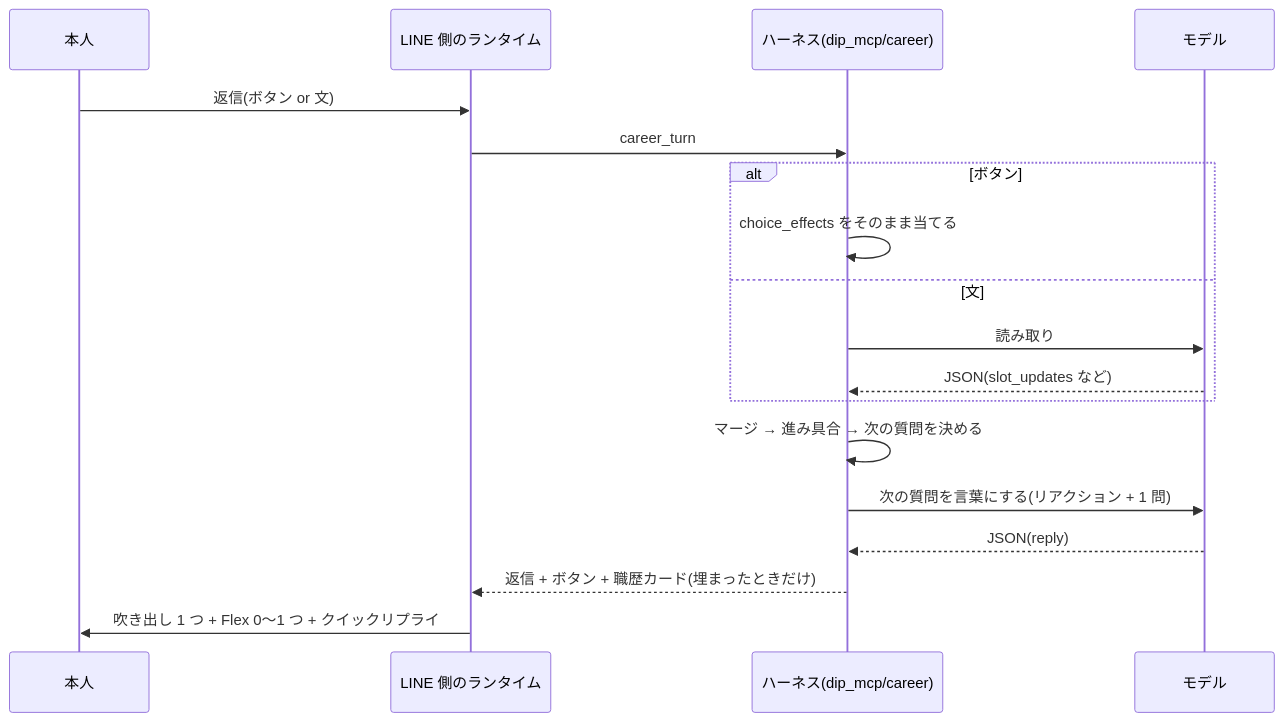
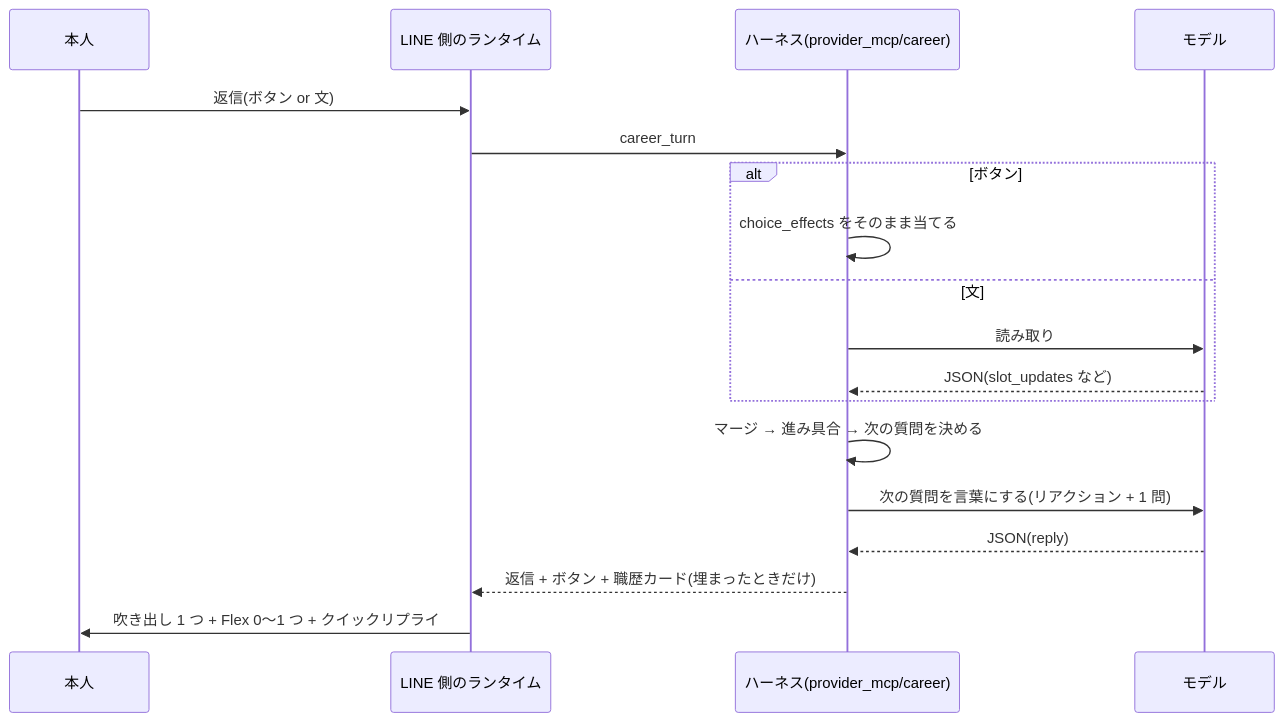
The diagram in docs/design/fulltime-hearing.md (jyoka/aica), drawn with Mermaid before and after one commit. The commit also changed other lines of this file and 389 other files, not shown here.

````diff
--- a/docs/design/fulltime-hearing.md
+++ b/docs/design/fulltime-hearing.md
@@ -41,20 +41,20 @@
 ```mermaid
 sequenceDiagram
     participant U as 本人
     participant R as LINE 側のランタイム
-    participant H as ハーネス(dip_mcp/career)
+    participant H as ハーネス(provider_mcp/career)
     participant M as モデル
     U->>R: 返信(ボタン or 文)
     R->>H: career_turn
     alt ボタン
         H->>H: choice_effects をそのまま当てる
     else 文
         H->>M: 読み取り
         M-->>H: JSON(slot_updates など)
     end
     H->>H: マージ → 進み具合 → 次の質問を決める
     H->>M: 次の質問を言葉にする(リアクション + 1 問)
     M-->>H: JSON(reply)
     H-->>R: 返信 + ボタン + 職歴カード(埋まったときだけ)
     R->>U: 吹き出し 1 つ + Flex 0〜1 つ + クイックリプライ
 ```
````
